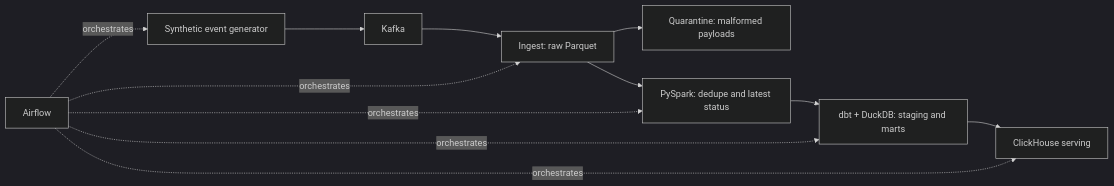
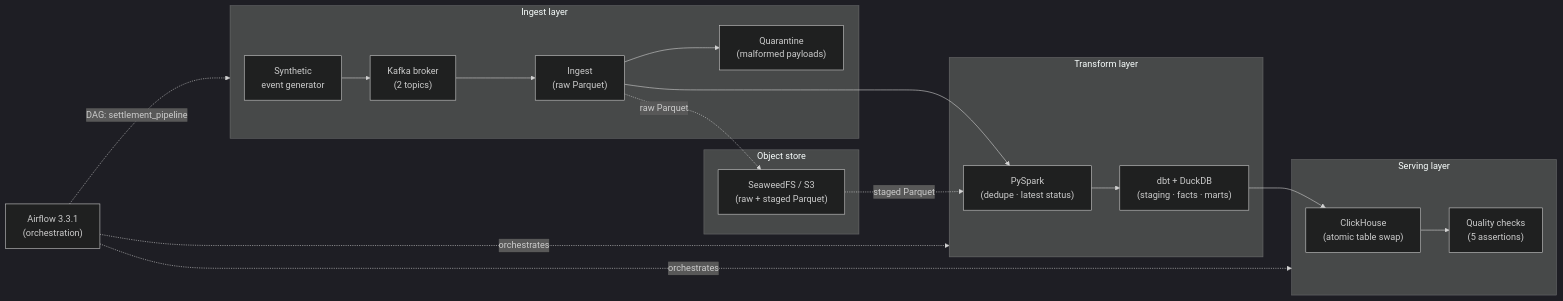
The diagram in README.md (laurence702/payment-settlement-lakehouse), drawn with Mermaid (dark theme) before and after one commit. The commit also changed other lines of this file, not shown here.

First line of the commit message:
Update README with v0.2 benchmarks, enriched architecture diagram, and corrected test count

````diff
--- a/README.md
+++ b/README.md
@@ -27,14 +27,28 @@
 ```mermaid
 flowchart LR
-    G["Synthetic event generator"] --> K[Kafka]
-    K --> I["Ingest: raw Parquet"]
-    I --> Q["Quarantine: malformed payloads"]
-    I --> S["PySpark: dedupe and latest status"]
-    S --> D["dbt + DuckDB: staging and marts"]
-    D --> C["ClickHouse serving"]
-    A[Airflow] -. orchestrates .-> G
-    A -. orchestrates .-> I
-    A -. orchestrates .-> S
-    A -. orchestrates .-> D
-    A -. orchestrates .-> C
+    subgraph Ingest["Ingest layer"]
+        G["Synthetic\nevent generator"] --> K["Kafka broker\n(2 topics)"] --> I["Ingest\n(raw Parquet)"]
+        I --> Q["Quarantine\n(malformed payloads)"]
+    end
+
+    subgraph Transform["Transform layer"]
+        I --> SP["PySpark\n(dedupe · latest status)"]
+        SP --> DBT["dbt + DuckDB\n(staging · facts · marts)"]
+    end
+
+    subgraph Serve["Serving layer"]
+        DBT --> CH["ClickHouse\n(atomic table swap)"]
+        CH --> QC["Quality checks\n(5 assertions)"]
+    end
+
+    subgraph Store["Object store"]
+        S3["SeaweedFS / S3\n(raw + staged Parquet)"]
+    end
+
+    I -. raw Parquet .-> S3
+    S3 -. staged Parquet .-> SP
+
+    A["Airflow 3.3.1\n(orchestration)"] -. DAG: settlement_pipeline .-> Ingest
+    A -. orchestrates .-> Transform
+    A -. orchestrates .-> Serve
 ```
````
